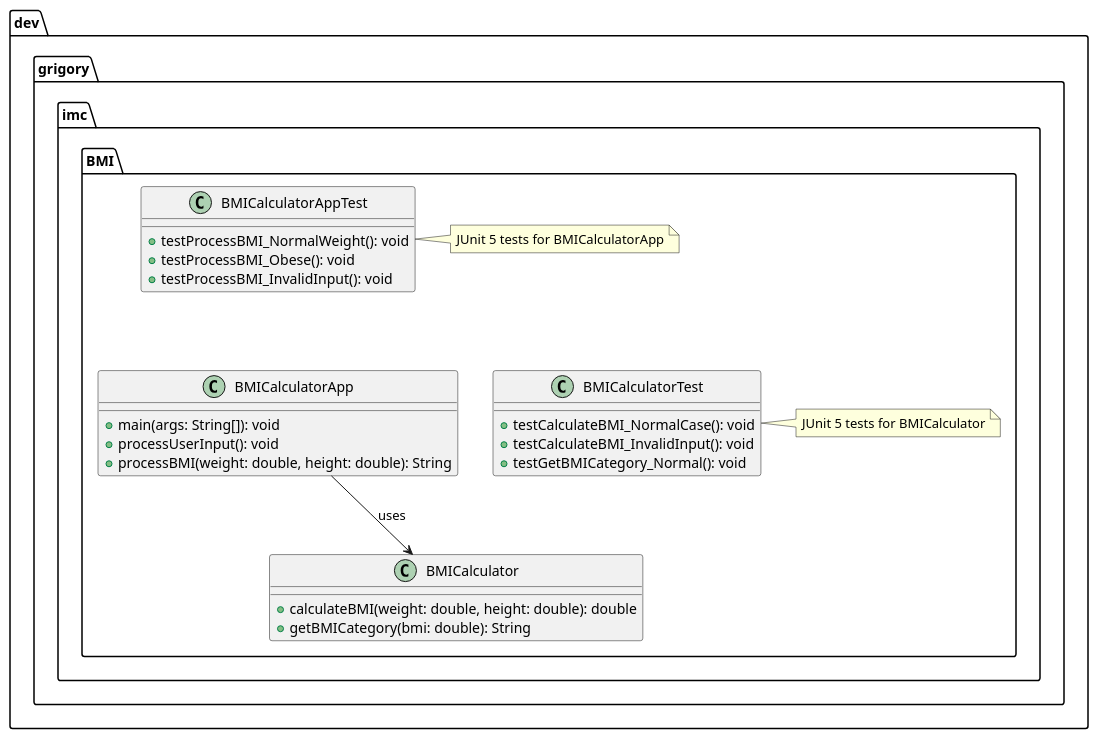
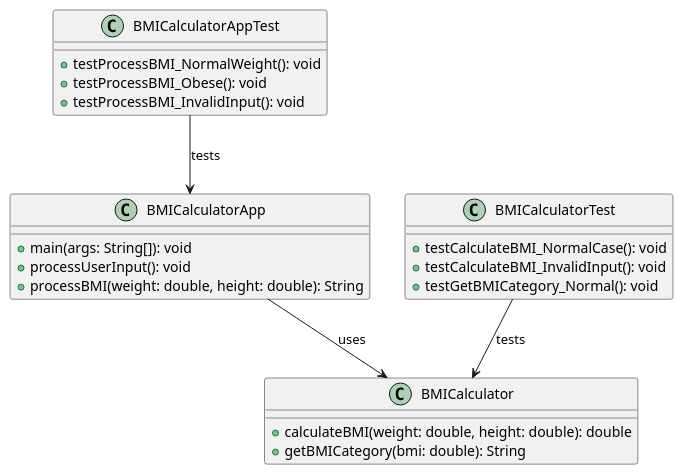
The diagram in imc/target/classes/dev/grigory/imc/BMI/BMICalculator.puml (Grigory-Vladimiro/imc), drawn with PlantUML before and after one commit.

```diff
--- a/imc/target/classes/dev/grigory/imc/BMI/BMICalculator.puml
+++ b/imc/target/classes/dev/grigory/imc/BMI/BMICalculator.puml
@@ -1,41 +1,30 @@
-@startuml BMICalculator
+@startuml
 
-package "dev.grigory.imc.BMI" {
-    
-    class BMICalculator {
-        + calculateBMI(weight: double, height: double): double
-        + getBMICategory(bmi: double): String
-    }
-
-    class BMICalculatorApp {
-        + main(args: String[]): void
-        + processUserInput(): void
-        + processBMI(weight: double, height: double): String
-    }
-
-    class BMICalculatorTest {
-        + testCalculateBMI_NormalCase(): void
-        + testCalculateBMI_InvalidInput(): void
-        + testGetBMICategory_Normal(): void
-    }
-
-    class BMICalculatorAppTest {
-        + testProcessBMI_NormalWeight(): void
-        + testProcessBMI_Obese(): void
-        + testProcessBMI_InvalidInput(): void
-    }
-
-    BMICalculatorApp --> BMICalculator : uses
-    BMICalculatorTest -[hidden]-> BMICalculator : tests
-    BMICalculatorAppTest -[hidden]-> BMICalculatorApp : tests
-
-    note right of BMICalculatorTest
-        JUnit 5 tests for BMICalculator
-    end note
-
-    note right of BMICalculatorAppTest
-        JUnit 5 tests for BMICalculatorApp
-    end note
+class BMICalculator {
+    + calculateBMI(weight: double, height: double): double
+    + getBMICategory(bmi: double): String
 }
 
+class BMICalculatorApp {
+    + main(args: String[]): void
+    + processUserInput(): void
+    + processBMI(weight: double, height: double): String
+}
+
+class BMICalculatorTest {
+    + testCalculateBMI_NormalCase(): void
+    + testCalculateBMI_InvalidInput(): void
+    + testGetBMICategory_Normal(): void
+}
+
+class BMICalculatorAppTest {
+    + testProcessBMI_NormalWeight(): void
+    + testProcessBMI_Obese(): void
+    + testProcessBMI_InvalidInput(): void
+}
+
+BMICalculatorApp --> BMICalculator : uses
+BMICalculatorTest --> BMICalculator : tests
+BMICalculatorAppTest --> BMICalculatorApp : tests
+
 @enduml
```
